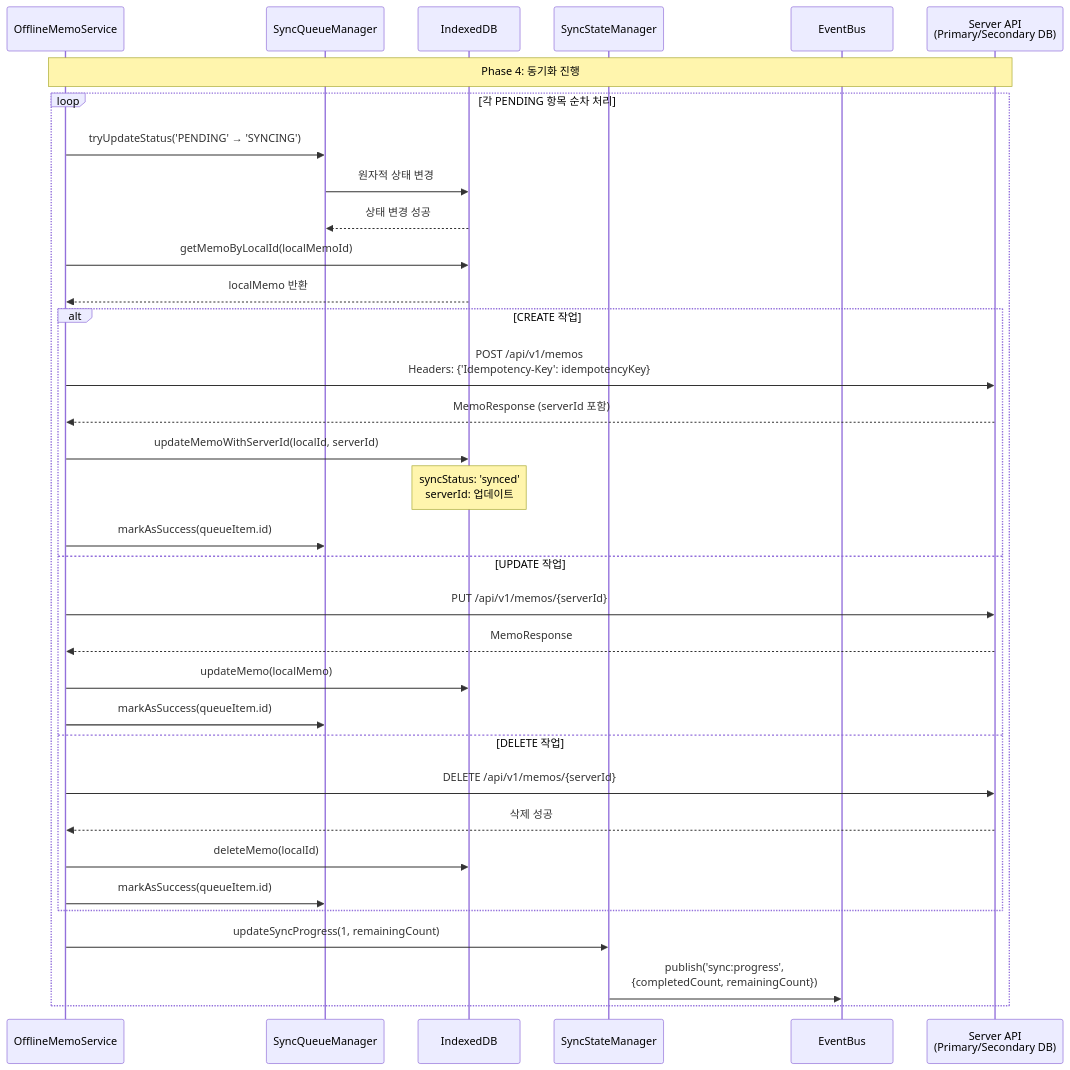
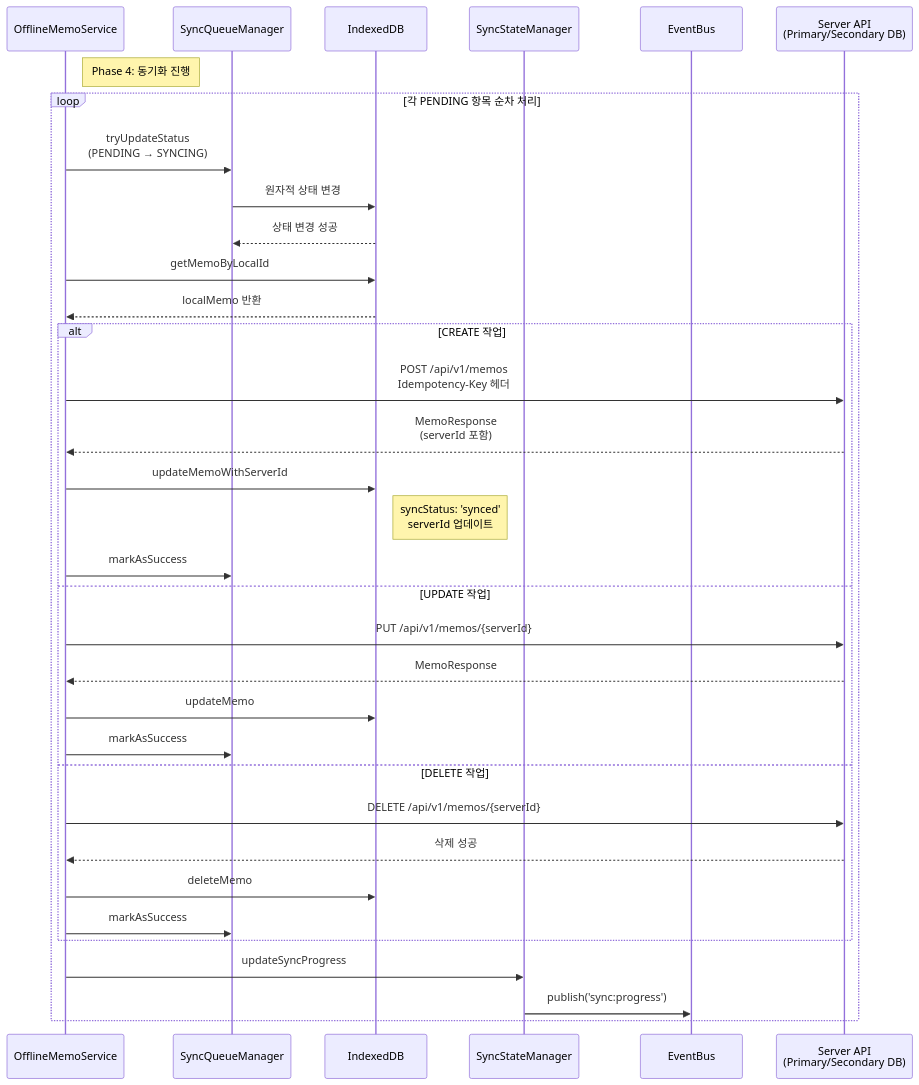
Before and after one commit to Park-Yena00/Reading_tracker: the third of 5 diagrams in docs/architecture/SCENARIO1_RUNTIME_VIEW.md, drawn with Mermaid. The commit also changed other lines of this file and 2 other files, not shown here.

First line of the commit message:
docs: 다이어그램 선과 주석 겹침 문제 수정

````diff
--- a/docs/architecture/SCENARIO1_RUNTIME_VIEW.md
+++ b/docs/architecture/SCENARIO1_RUNTIME_VIEW.md
@@ -100,40 +99,40 @@
 ```mermaid
 sequenceDiagram
     participant OfflineService as OfflineMemoService
     participant SyncQueueMgr as SyncQueueManager
     participant IndexedDB as IndexedDB
     participant SyncStateMgr as SyncStateManager
     participant EventBus as EventBus
     participant ServerAPI as Server API<br/>(Primary/Secondary DB)
 
-    Note over OfflineService,ServerAPI: Phase 4: 동기화 진행
+    Note right of OfflineService: Phase 4: 동기화 진행
     loop 각 PENDING 항목 순차 처리
-        OfflineService->>SyncQueueMgr: tryUpdateStatus('PENDING' → 'SYNCING')
+        OfflineService->>SyncQueueMgr: tryUpdateStatus<br/>(PENDING → SYNCING)
         SyncQueueMgr->>IndexedDB: 원자적 상태 변경
         IndexedDB-->>SyncQueueMgr: 상태 변경 성공
         
-        OfflineService->>IndexedDB: getMemoByLocalId(localMemoId)
+        OfflineService->>IndexedDB: getMemoByLocalId
         IndexedDB-->>OfflineService: localMemo 반환
         
         alt CREATE 작업
-            OfflineService->>ServerAPI: POST /api/v1/memos<br/>Headers: {'Idempotency-Key': idempotencyKey}
-            ServerAPI-->>OfflineService: MemoResponse (serverId 포함)
-            OfflineService->>IndexedDB: updateMemoWithServerId(localId, serverId)
-            Note over IndexedDB: syncStatus: 'synced'<br/>serverId: 업데이트
-            OfflineService->>SyncQueueMgr: markAsSuccess(queueItem.id)
+            OfflineService->>ServerAPI: POST /api/v1/memos<br/>Idempotency-Key 헤더
+            ServerAPI-->>OfflineService: MemoResponse<br/>(serverId 포함)
+            OfflineService->>IndexedDB: updateMemoWithServerId
+            Note right of IndexedDB: syncStatus: 'synced'<br/>serverId 업데이트
+            OfflineService->>SyncQueueMgr: markAsSuccess
         else UPDATE 작업
             OfflineService->>ServerAPI: PUT /api/v1/memos/{serverId}
             ServerAPI-->>OfflineService: MemoResponse
-            OfflineService->>IndexedDB: updateMemo(localMemo)
-            OfflineService->>SyncQueueMgr: markAsSuccess(queueItem.id)
+            OfflineService->>IndexedDB: updateMemo
+            OfflineService->>SyncQueueMgr: markAsSuccess
         else DELETE 작업
             OfflineService->>ServerAPI: DELETE /api/v1/memos/{serverId}
             ServerAPI-->>OfflineService: 삭제 성공
-            OfflineService->>IndexedDB: deleteMemo(localId)
-            OfflineService->>SyncQueueMgr: markAsSuccess(queueItem.id)
+            OfflineService->>IndexedDB: deleteMemo
+            OfflineService->>SyncQueueMgr: markAsSuccess
         end
         
-        OfflineService->>SyncStateMgr: updateSyncProgress(1, remainingCount)
-        SyncStateMgr->>EventBus: publish('sync:progress',<br/>{completedCount, remainingCount})
+        OfflineService->>SyncStateMgr: updateSyncProgress
+        SyncStateMgr->>EventBus: publish('sync:progress')
     end
 ```
````
